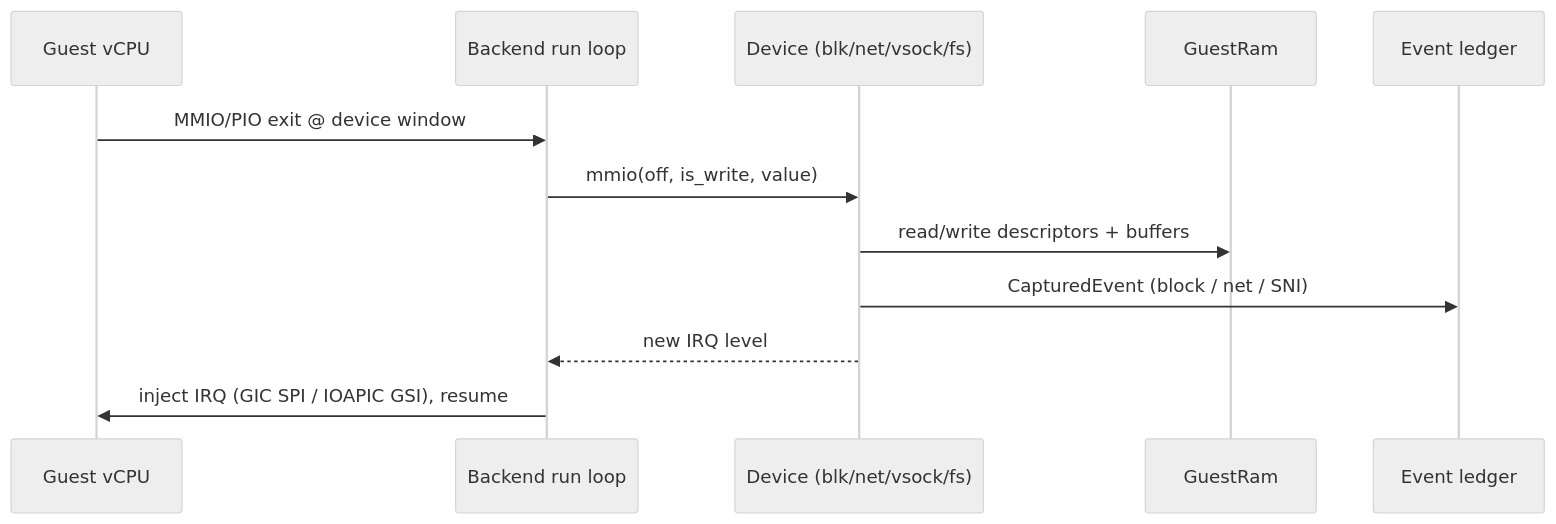
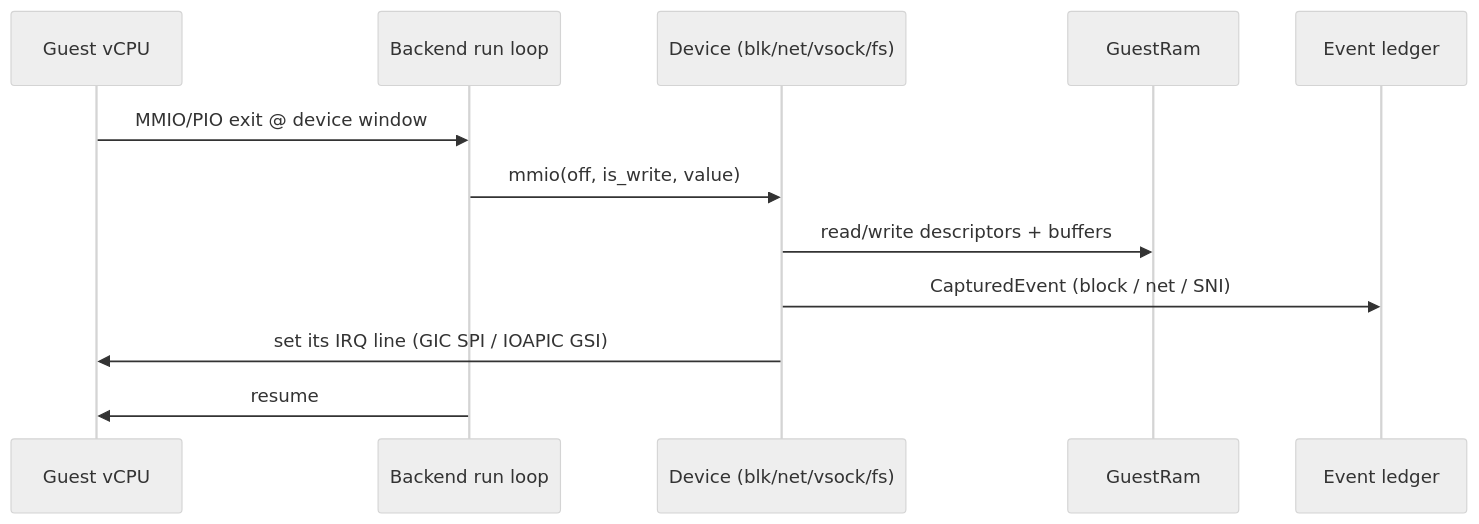
Before and after one commit to brig-sh/hvi-vmm: the fourth of 4 diagrams in docs/architecture.md, drawn with Mermaid (neutral theme). The commit also changed other lines of this file and 13 other files, not shown here.

````diff
--- a/docs/architecture.md
+++ b/docs/architecture.md
@@ -282,14 +282,14 @@
 ```mermaid
 sequenceDiagram
     participant G as Guest vCPU
     participant B as Backend run loop
     participant D as Device (blk/net/vsock/fs)
     participant M as GuestRam
     participant L as Event ledger
     G->>B: MMIO/PIO exit @ device window
     B->>D: mmio(off, is_write, value)
     D->>M: read/write descriptors + buffers
     D->>L: CapturedEvent (block / net / SNI)
-    D-->>B: new IRQ level
-    B->>G: inject IRQ (GIC SPI / IOAPIC GSI), resume
+    D->>G: set its IRQ line (GIC SPI / IOAPIC GSI)
+    B->>G: resume
 ```
````
